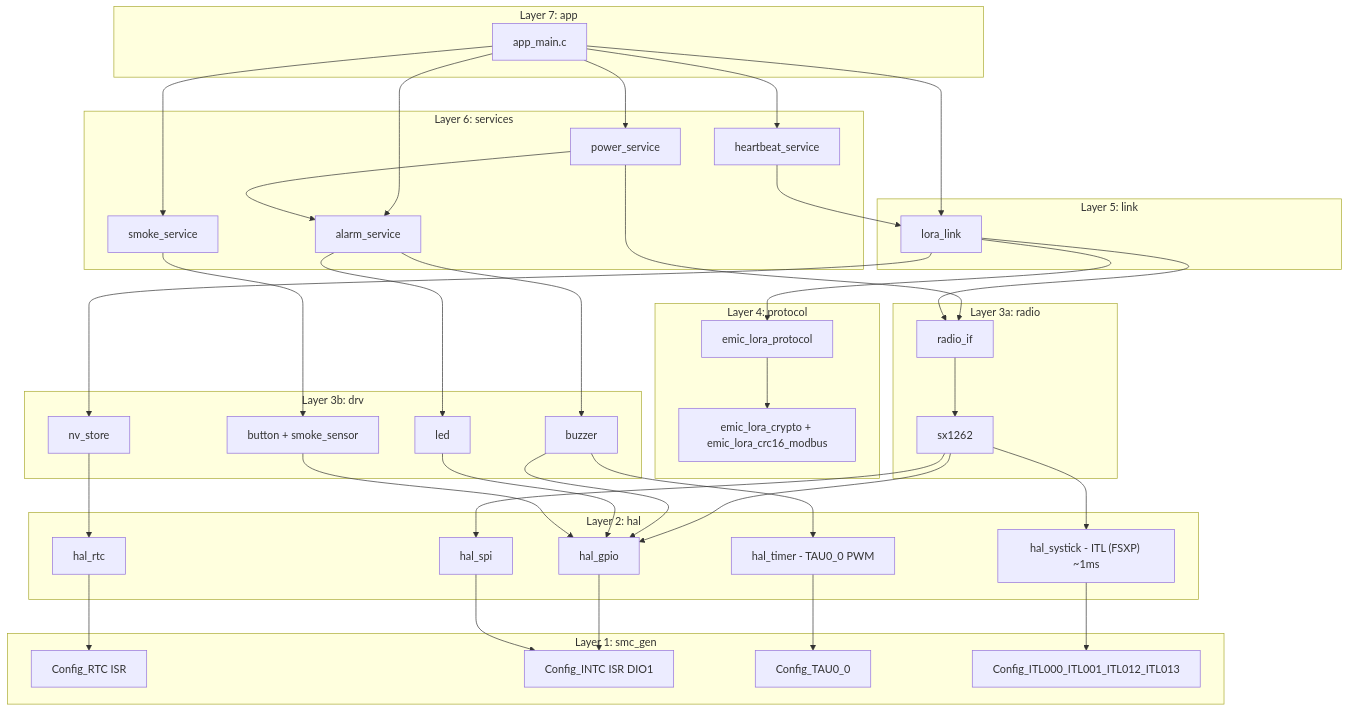
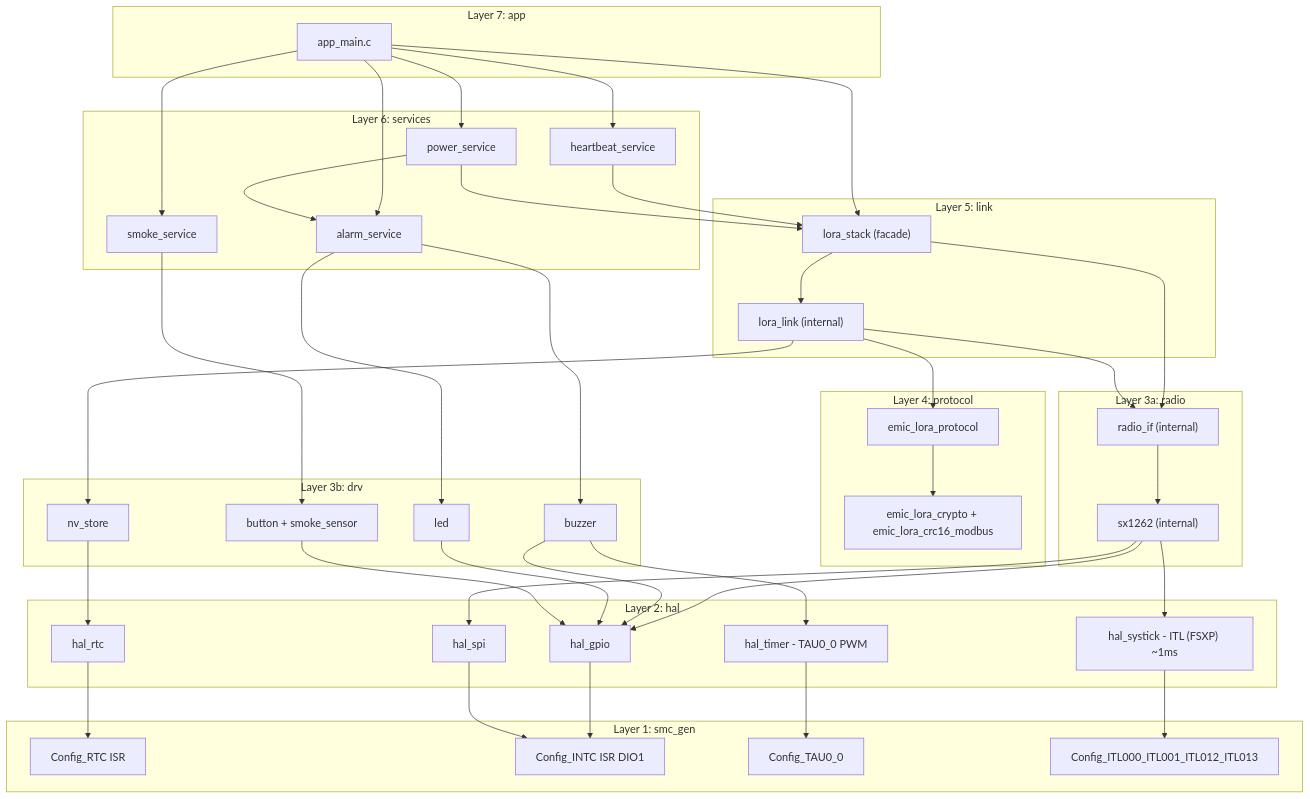
The first of 8 diagrams in EMIC_LORA_PROTOCOL/docs/layer_call_flow.md (vuvantruong120896/emic_lora_protocol), drawn with Mermaid before and after one commit. The commit also changed other lines of this file and 79 other files, not shown here.

```diff
--- a/EMIC_LORA_PROTOCOL/docs/layer_call_flow.md
+++ b/EMIC_LORA_PROTOCOL/docs/layer_call_flow.md
@@ -22,7 +22,8 @@
   end
 
   subgraph LINK[Layer 5: link]
-    L1["lora_link"]
+    L0["lora_stack (facade)"]
+    L1["lora_link (internal)"]
   end
 
   subgraph PROTO[Layer 4: protocol]
@@ -31,8 +32,8 @@
   end
 
   subgraph RADIO[Layer 3a: radio]
-    R1["radio_if"]
-    R2["sx1262"]
+    R1["radio_if (internal)"]
+    R2["sx1262 (internal)"]
   end
 
   subgraph DRV[Layer 3b: drv]
@@ -61,14 +62,17 @@
   A1 --> S2
   A1 --> S3
   A1 --> S4
-  A1 --> L1
+  A1 --> L0
 
-  S3 --> L1
+  S3 --> L0
   S1 --> D1
   S1 --> D2
   S2 --> D3
-  S4 --> R1
+  S4 --> L0
   S4 --> S1
+
+  L0 --> L1
+  L0 --> R1
 
   L1 --> R1
   L1 --> P1
```
